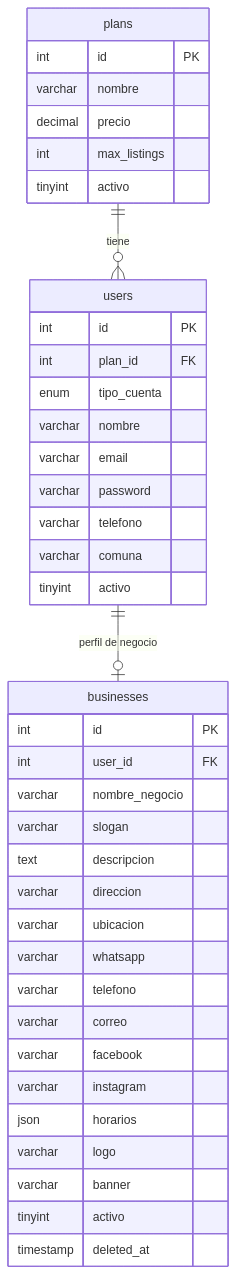
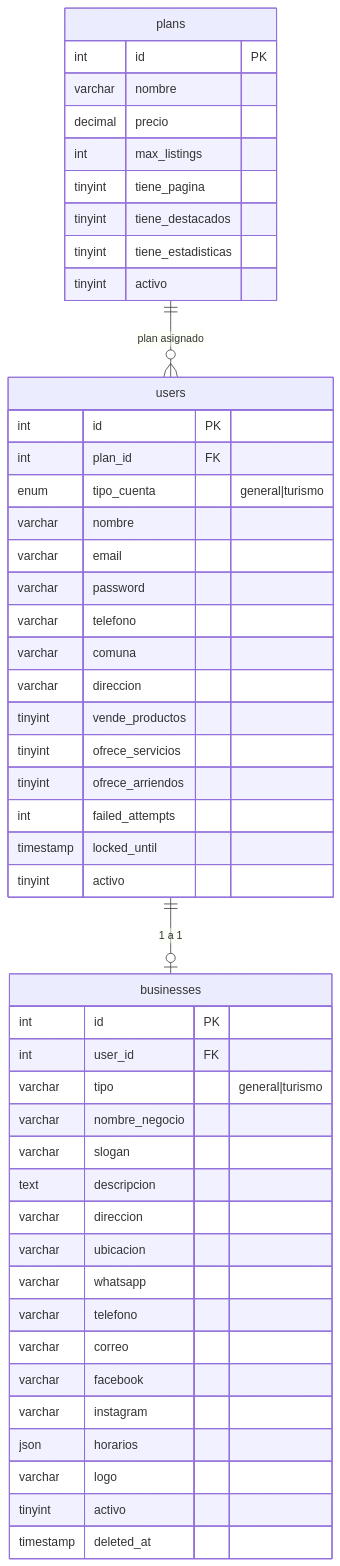
One commit to pato1982/Solo_un_click changed the first of 6 diagrams in diagrama_BD.md. Above: the diagram before and after it, drawn with Mermaid. The commit also changed other lines of this file and 2 other files, not shown here.

First line of the commit message:
docs(db-schema-v2): batch C — homologación de diagrama, roadmap y estado real auditoría

````diff
--- a/diagrama_BD.md
+++ b/diagrama_BD.md
@@ -13,45 +30,51 @@
 ```mermaid
 erDiagram
     plans {
         int id PK
         varchar nombre
         decimal precio
         int max_listings
+        tinyint tiene_pagina
+        tinyint tiene_destacados
+        tinyint tiene_estadisticas
         tinyint activo
     }
-
     users {
         int id PK
         int plan_id FK
-        enum tipo_cuenta
+        enum tipo_cuenta "general|turismo"
         varchar nombre
         varchar email
         varchar password
         varchar telefono
         varchar comuna
+        varchar direccion
+        tinyint vende_productos
+        tinyint ofrece_servicios
+        tinyint ofrece_arriendos
+        int failed_attempts
+        timestamp locked_until
         tinyint activo
     }
-
     businesses {
         int id PK
         int user_id FK
+        varchar tipo "general|turismo"
         varchar nombre_negocio
         varchar slogan
         text descripcion
         varchar direccion
         varchar ubicacion
         varchar whatsapp
         varchar telefono
         varchar correo
         varchar facebook
         varchar instagram
         json horarios
         varchar logo
-        varchar banner
         tinyint activo
         timestamp deleted_at
     }
-
-    plans ||--o{ users : "tiene"
-    users ||--o| businesses : "perfil de negocio"
+    plans ||--o{ users : "plan asignado"
+    users ||--o| businesses : "1 a 1"
 ```
````
